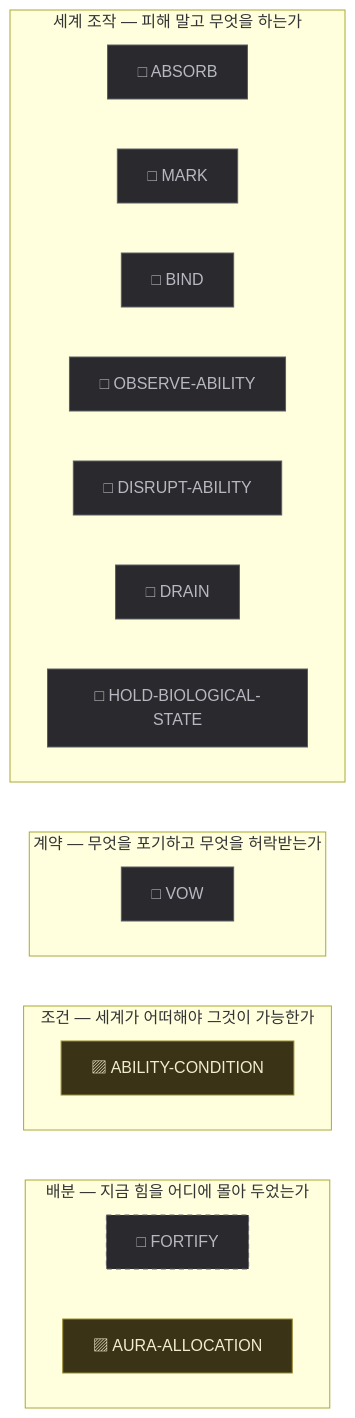
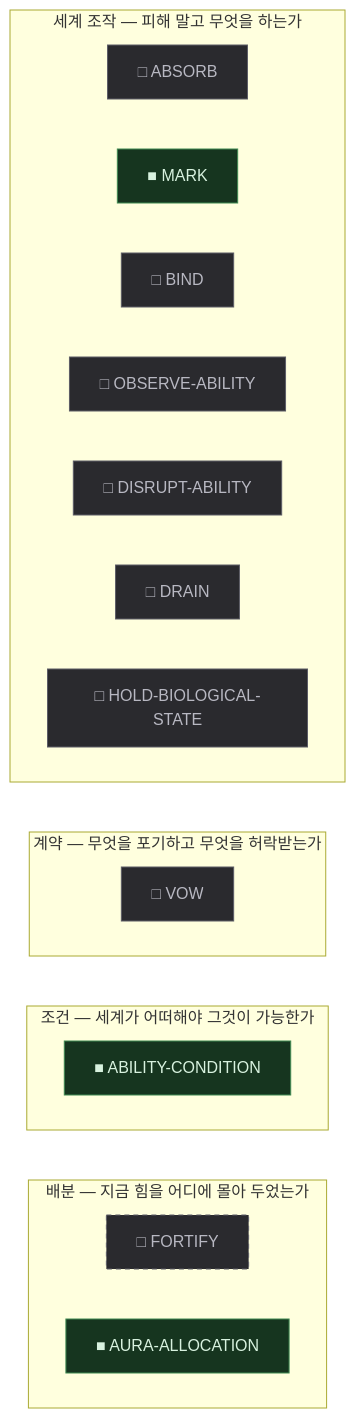
One commit to dkwkekzz/HktFramework changed the third of 15 diagrams in HktAdvProtoH/content/proto-adventure/master/graph/GRAPH.md. Above: the diagram before and after it, drawn with Mermaid. The commit also changed other lines of this file and 11 other files, not shown here.

````diff
--- a/HktAdvProtoH/content/proto-adventure/master/graph/GRAPH.md
+++ b/HktAdvProtoH/content/proto-adventure/master/graph/GRAPH.md
@@ -151,35 +151,35 @@
 ```mermaid
 flowchart TB
   subgraph SEG0 ["세계 조작 — 피해 말고 무엇을 하는가"]
     N0["□ ABSORB"]
-    N1["□ MARK"]
+    N1["■ MARK"]
     N2["□ BIND"]
     N3["□ OBSERVE-ABILITY"]
     N4["□ DISRUPT-ABILITY"]
     N5["□ DRAIN"]
     N6["□ HOLD-BIOLOGICAL-STATE"]
   end
   subgraph SEG1 ["계약 — 무엇을 포기하고 무엇을 허락받는가"]
     N7["□ VOW"]
   end
   subgraph SEG2 ["조건 — 세계가 어떠해야 그것이 가능한가"]
-    N8["▨ ABILITY-CONDITION"]
+    N8["■ ABILITY-CONDITION"]
   end
   subgraph SEG3 ["배분 — 지금 힘을 어디에 몰아 두었는가"]
     N9["□ FORTIFY"]
-    N10["▨ AURA-ALLOCATION"]
+    N10["■ AURA-ALLOCATION"]
   end
   SEG0 ~~~ SEG1
   SEG1 ~~~ SEG2
   SEG2 ~~~ SEG3
 
   classDef impl fill:#16351f,stroke:#3f8a52,color:#d8f2df;
   classDef part fill:#3a3315,stroke:#9a8a2e,color:#f2ecd0;
   classDef miss fill:#2a2a2e,stroke:#5c5c66,color:#b8b8c2;
   classDef implS fill:#16351f,stroke:#3f8a52,color:#d8f2df,stroke-dasharray:5 4;
   classDef partS fill:#3a3315,stroke:#9a8a2e,color:#f2ecd0,stroke-dasharray:5 4;
   classDef missS fill:#2a2a2e,stroke:#5c5c66,color:#b8b8c2,stroke-dasharray:5 4;
-  class N8,N10 part;
-  class N0,N1,N2,N3,N4,N5,N6,N7 miss;
+  class N1,N8,N10 impl;
+  class N0,N2,N3,N4,N5,N6,N7 miss;
   class N9 missS;
 ```
````
